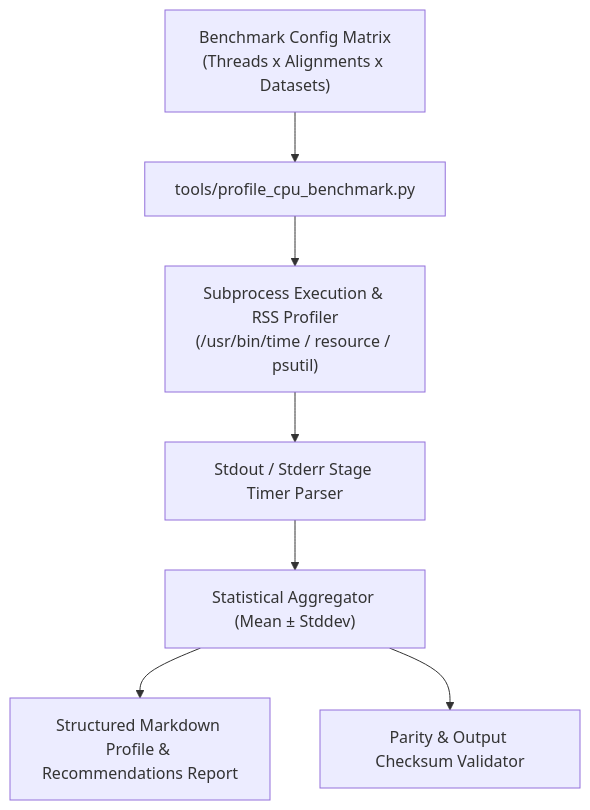
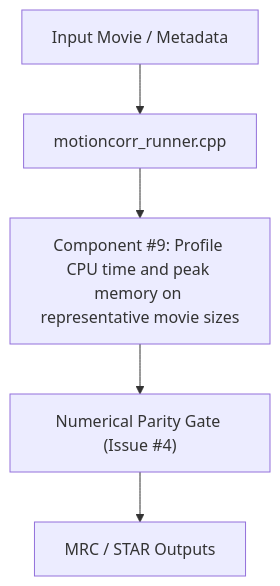
One commit to KingAlejandro/MotionCorr-standalone changed the diagram in agents/designs/issue_9_design.md. Above: the diagram before and after it, drawn with Mermaid. The commit also changed other lines of this file and 5 other files, not shown here.

First line of the commit message:
feat(benchmarks): add repeatable CPU profiling suite and performance baseline report

````diff
--- a/agents/designs/issue_9_design.md
+++ b/agents/designs/issue_9_design.md
@@ -65,9 +55,7 @@
 ```mermaid
 flowchart TD
-    Config["Benchmark Config Matrix<br/>(Threads x Alignments x Datasets)"] --> Harness["tools/profile_cpu_benchmark.py"]
-    Harness --> Process["Subprocess Execution & RSS Profiler<br/>(/usr/bin/time / resource / psutil)"]
-    Process --> StageParser["Stdout / Stderr Stage Timer Parser"]
-    StageParser --> Stats["Statistical Aggregator (Mean ± Stddev)"]
-    Stats --> SummaryReport["Structured Markdown Profile & Recommendations Report"]
-    Stats --> ChecksumAudit["Parity & Output Checksum Validator"]
+    InputData["Input Movie / Metadata"] --> Runner["motioncorr_runner.cpp"]
+    Runner --> Module["Component #9: Profile CPU time and peak memory on representative movie sizes"]
+    Module --> ParityGate["Numerical Parity Gate (Issue #4)"]
+    ParityGate --> Output["MRC / STAR Outputs"]
 ```
````
